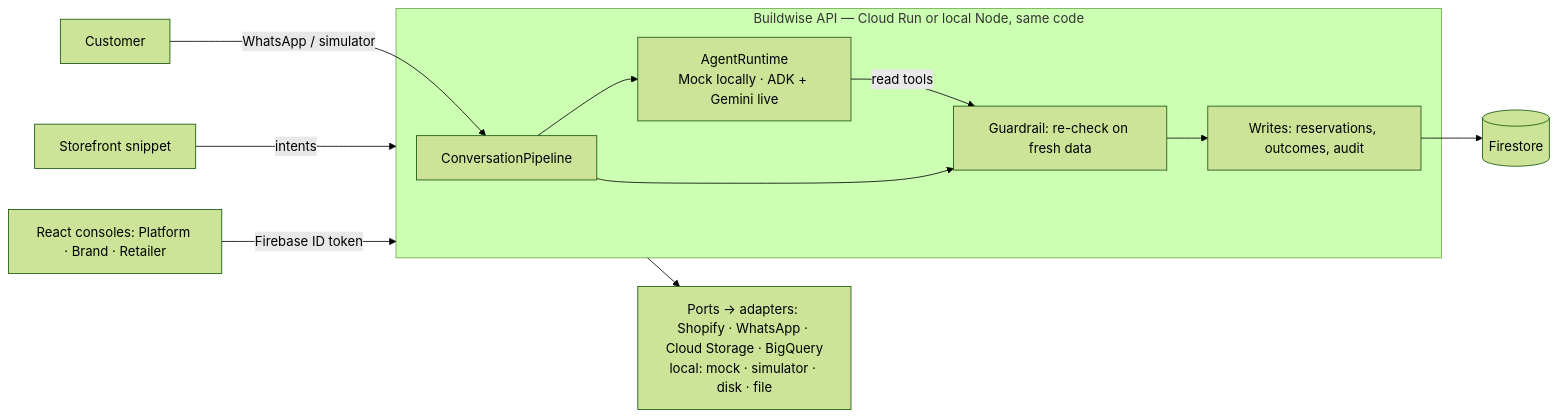
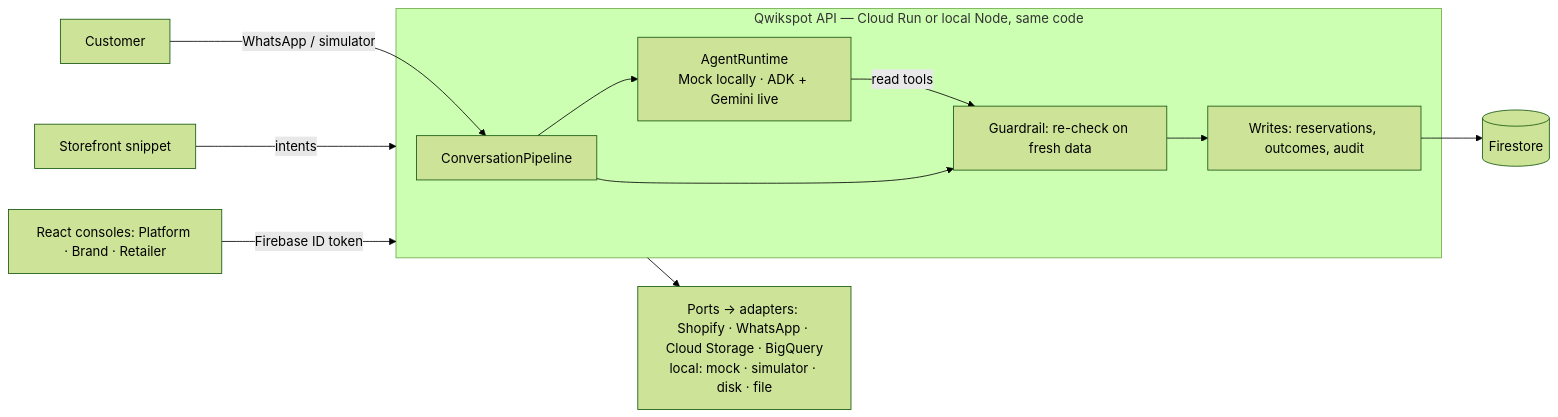
One commit to Alfaiz777/buildwise changed the diagram in README.md. Above: the diagram before and after it, drawn with Mermaid (forest theme). The commit also changed other lines of this file and 104 other files, not shown here.

````diff
--- a/README.md
+++ b/README.md
@@ -48,13 +48,13 @@
 ```mermaid
 flowchart LR
   C[Customer] -->|WhatsApp / simulator| P
   SF[Storefront snippet] -->|intents| API
   UI[React consoles: Platform · Brand · Retailer] -->|Firebase ID token| API
-  subgraph API[Buildwise API — Cloud Run or local Node, same code]
+  subgraph API[Qwikspot API — Cloud Run or local Node, same code]
     P[ConversationPipeline] --> A[AgentRuntime<br/>Mock locally · ADK + Gemini live]
     A -->|read tools| G[Guardrail: re-check on fresh data]
     P --> G --> W[Writes: reservations, outcomes, audit]
   end
   W --> DB[(Firestore)]
   API --> X[Ports → adapters: Shopify · WhatsApp · Cloud Storage · BigQuery<br/>local: mock · simulator · disk · file]
 ```
````
